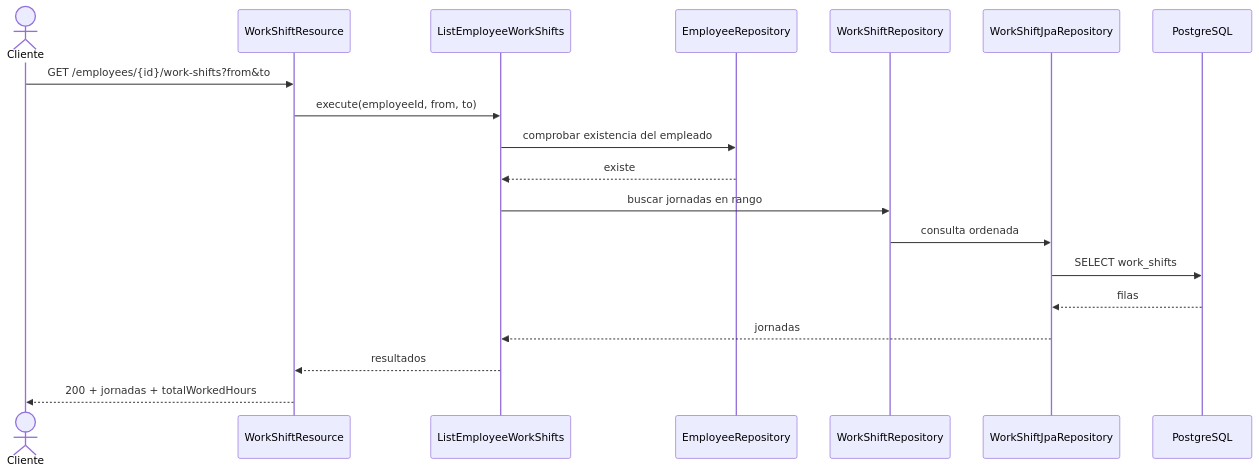
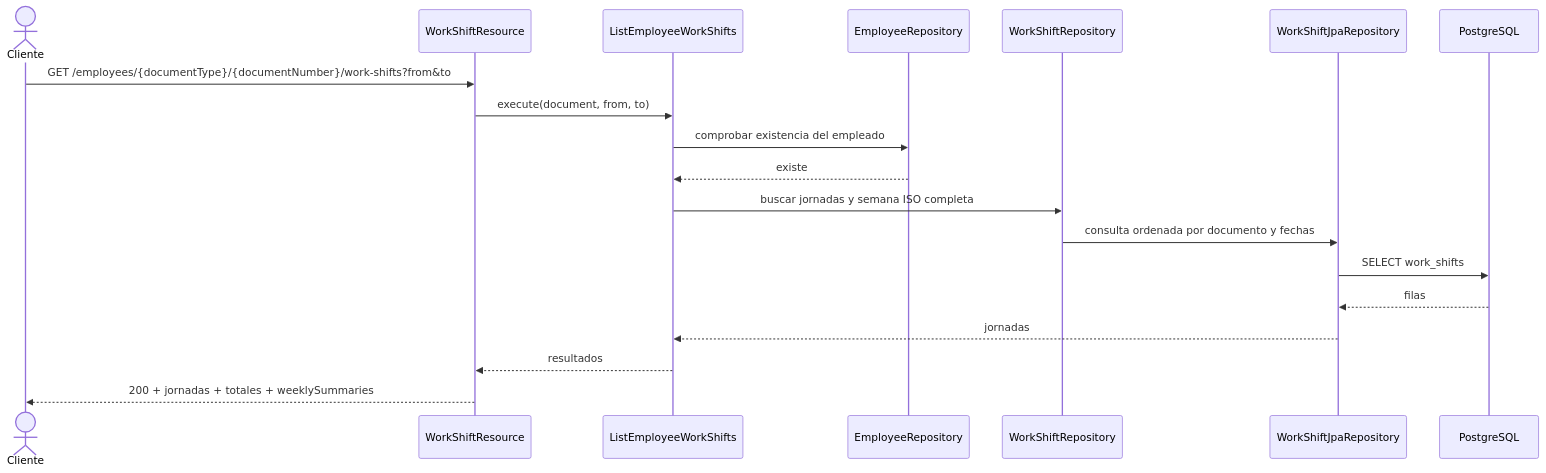
Before and after one commit to rcardenasv/JornadasLaborales: the third of 4 diagrams in employees-api/README.md, drawn with Mermaid. The commit also changed other lines of this file and 75 other files, not shown here.

````diff
--- a/employees-api/README.md
+++ b/employees-api/README.md
@@ -189,21 +212,21 @@
 ```mermaid
 sequenceDiagram
     actor Cliente
     participant REST as WorkShiftResource
     participant UC as ListEmployeeWorkShifts
     participant ER as EmployeeRepository
     participant WR as WorkShiftRepository
     participant JPA as WorkShiftJpaRepository
     participant DB as PostgreSQL
-    Cliente->>REST: GET /employees/{id}/work-shifts?from&to
-    REST->>UC: execute(employeeId, from, to)
+    Cliente->>REST: GET /employees/{documentType}/{documentNumber}/work-shifts?from&to
+    REST->>UC: execute(document, from, to)
     UC->>ER: comprobar existencia del empleado
     ER-->>UC: existe
-    UC->>WR: buscar jornadas en rango
-    WR->>JPA: consulta ordenada
+    UC->>WR: buscar jornadas y semana ISO completa
+    WR->>JPA: consulta ordenada por documento y fechas
     JPA->>DB: SELECT work_shifts
     DB-->>JPA: filas
     JPA-->>UC: jornadas
     UC-->>REST: resultados
-    REST-->>Cliente: 200 + jornadas + totalWorkedHours
+    REST-->>Cliente: 200 + jornadas + totales + weeklySummaries
 ```
````
